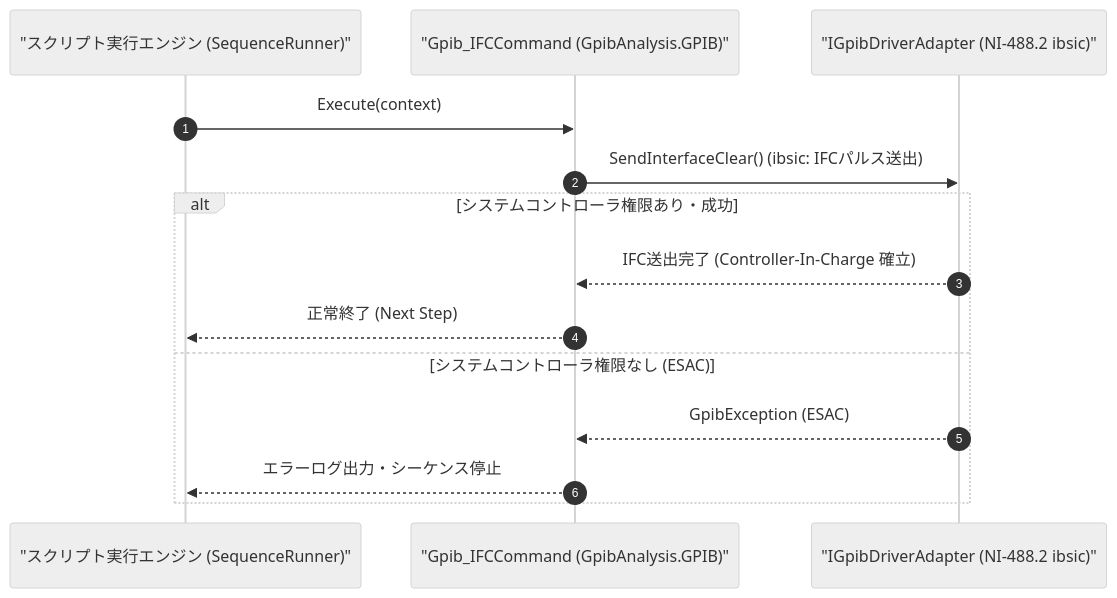
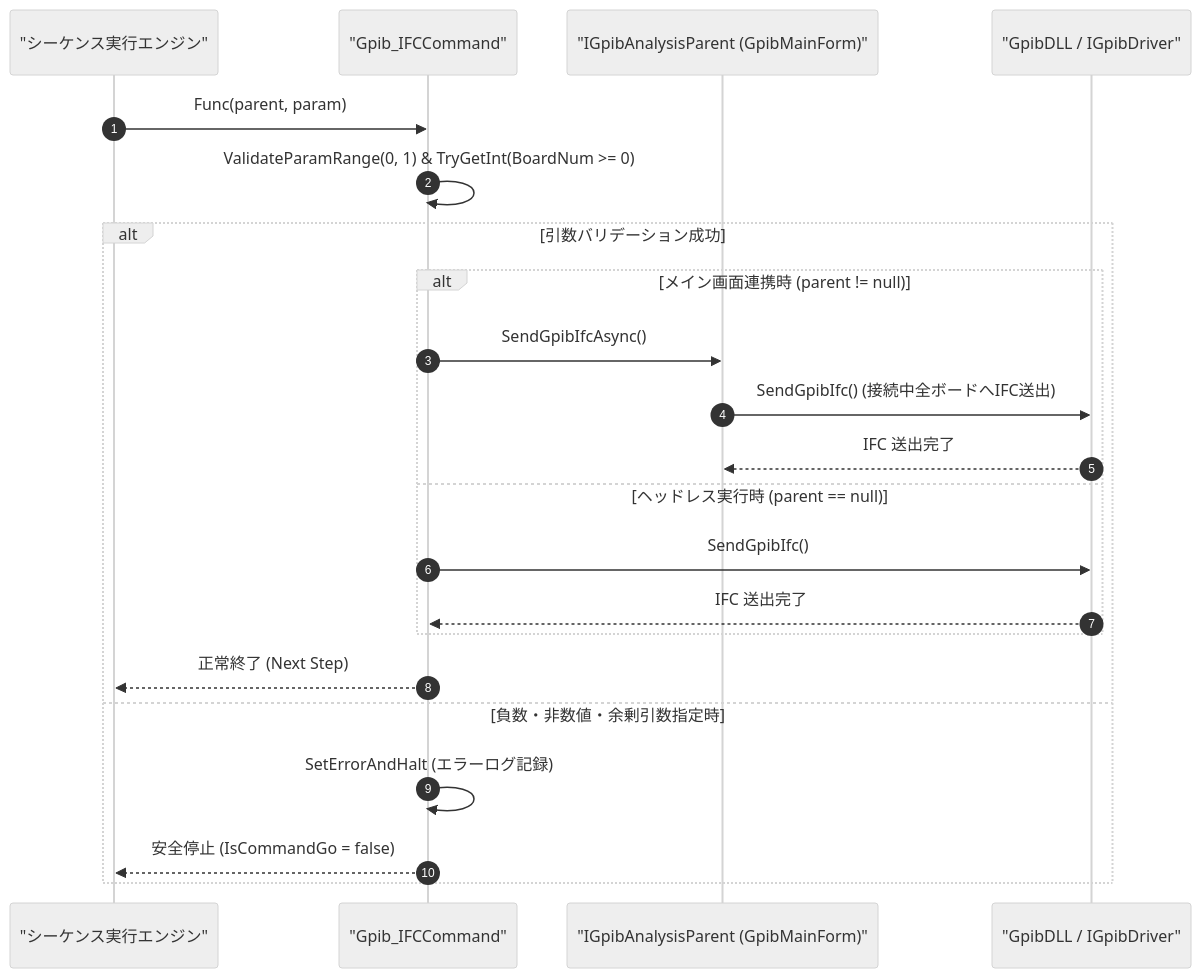
Before and after one commit to Monaca-App/GpibAddIn: the diagram in Manual/GPIB/Gpib_IFC.Md, drawn with Mermaid (neutral theme). The commit also changed other lines of this file and 32 other files, not shown here.

````diff
--- a/Manual/GPIB/Gpib_IFC.Md
+++ b/Manual/GPIB/Gpib_IFC.Md
@@ -65,17 +66,25 @@
 ```mermaid
 sequenceDiagram
     autonumber
-    participant Script as "スクリプト実行エンジン (SequenceRunner)"
-    participant Cmd as "Gpib_IFCCommand (GpibAnalysis.GPIB)"
-    participant Drv as "IGpibDriverAdapter (NI-488.2 ibsic)"
+    participant Script as "シーケンス実行エンジン"
+    participant Cmd as "Gpib_IFCCommand"
+    participant Parent as "IGpibAnalysisParent (GpibMainForm)"
+    participant Dll as "GpibDLL / IGpibDriver"
 
-    Script->>Cmd: Execute(context)
-    Cmd->>Drv: SendInterfaceClear() (ibsic: IFCパルス送出)
-    alt システムコントローラ権限あり・成功
-        Drv-->>Cmd: IFC送出完了 (Controller-In-Charge 確立)
+    Script->>Cmd: Func(parent, param)
+    Cmd->>Cmd: ValidateParamRange(0, 1) & TryGetInt(BoardNum >= 0)
+    alt 引数バリデーション成功
+        alt メイン画面連携時 (parent != null)
+            Cmd->>Parent: SendGpibIfcAsync()
+            Parent->>Dll: SendGpibIfc() (接続中全ボードへIFC送出)
+            Dll-->>Parent: IFC 送出完了
+        else ヘッドレス実行時 (parent == null)
+            Cmd->>Dll: SendGpibIfc()
+            Dll-->>Cmd: IFC 送出完了
+        end
         Cmd-->>Script: 正常終了 (Next Step)
-    else システムコントローラ権限なし (ESAC)
-        Drv-->>Cmd: GpibException (ESAC)
-        Cmd-->>Script: エラーログ出力・シーケンス停止
+    else 負数・非数値・余剰引数指定時
+        Cmd->>Cmd: SetErrorAndHalt (エラーログ記録)
+        Cmd-->>Script: 安全停止 (IsCommandGo = false)
     end
 ```
````
